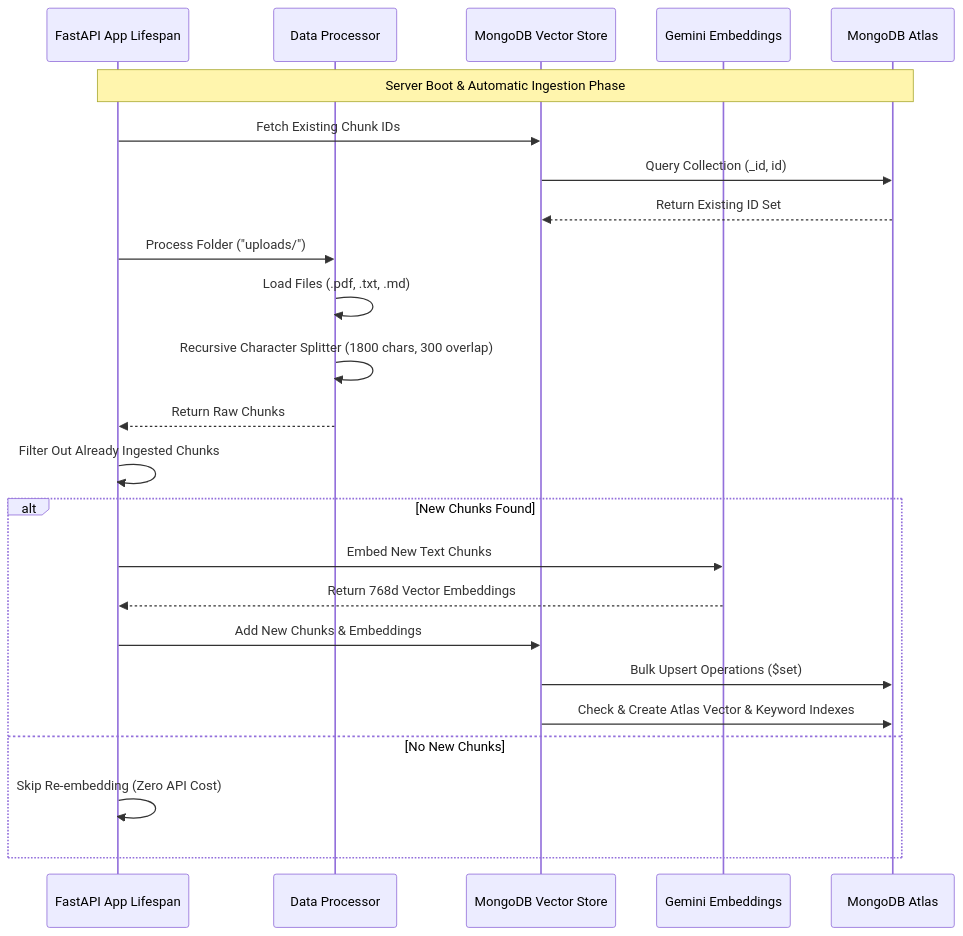
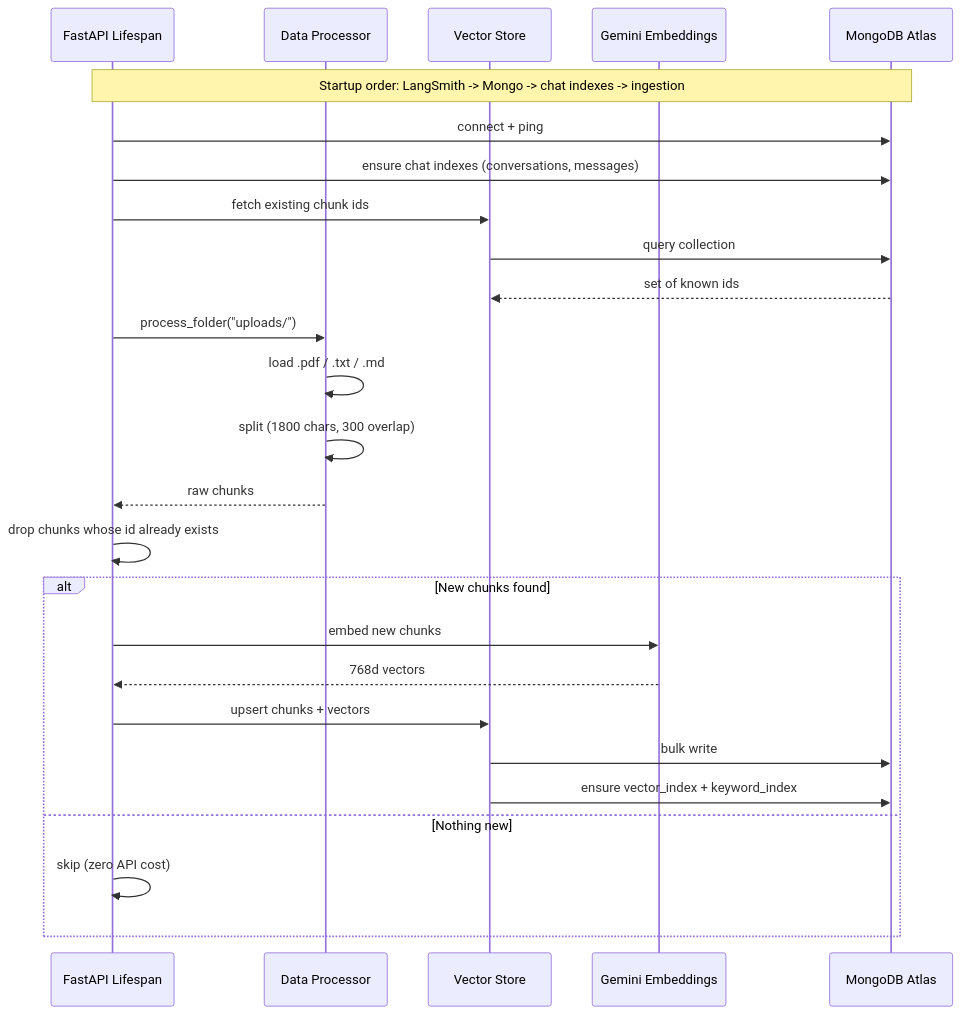
One commit to Harish1404/Naive-RAG-LangChain changed the first of 4 diagrams in docs/workflow.md. Above: the diagram before and after it, drawn with Mermaid. The commit also changed other lines of this file and 16 other files, not shown here.

````diff
--- a/docs/workflow.md
+++ b/docs/workflow.md
@@ -11,28 +27,34 @@
 ```mermaid
 sequenceDiagram
-    participant App as FastAPI App Lifespan
+    participant App as FastAPI Lifespan
     participant DP as Data Processor
-    participant VS as MongoDB Vector Store
+    participant VS as Vector Store
     participant EM as Gemini Embeddings
     participant DB as MongoDB Atlas
 
-    Note over App,DB: Server Boot & Automatic Ingestion Phase
-    App->>VS: Fetch Existing Chunk IDs
-    VS->>DB: Query Collection (_id, id)
-    DB-->>VS: Return Existing ID Set
-    App->>DP: Process Folder ("uploads/")
-    DP->>DP: Load Files (.pdf, .txt, .md)
-    DP->>DP: Recursive Character Splitter (1800 chars, 300 overlap)
-    DP-->>App: Return Raw Chunks
-    App->>App: Filter Out Already Ingested Chunks
-    
-    alt New Chunks Found
-        App->>EM: Embed New Text Chunks
-        EM-->>App: Return 768d Vector Embeddings
-        App->>VS: Add New Chunks & Embeddings
-        VS->>DB: Bulk Upsert Operations ($set)
-        VS->>DB: Check & Create Atlas Vector & Keyword Indexes
-    else No New Chunks
-        App->>App: Skip Re-embedding (Zero API Cost)
+    Note over App,DB: Startup order: LangSmith -> Mongo -> chat indexes -> ingestion
+
+    App->>DB: connect + ping
+    App->>DB: ensure chat indexes (conversations, messages)
+
+    App->>VS: fetch existing chunk ids
+    VS->>DB: query collection
+    DB-->>VS: set of known ids
+
+    App->>DP: process_folder("uploads/")
+    DP->>DP: load .pdf / .txt / .md
+    DP->>DP: split (1800 chars, 300 overlap)
+    DP-->>App: raw chunks
+
+    App->>App: drop chunks whose id already exists
+
+    alt New chunks found
+        App->>EM: embed new chunks
+        EM-->>App: 768d vectors
+        App->>VS: upsert chunks + vectors
+        VS->>DB: bulk write
+        VS->>DB: ensure vector_index + keyword_index
+    else Nothing new
+        App->>App: skip (zero API cost)
     end
 ```
````
